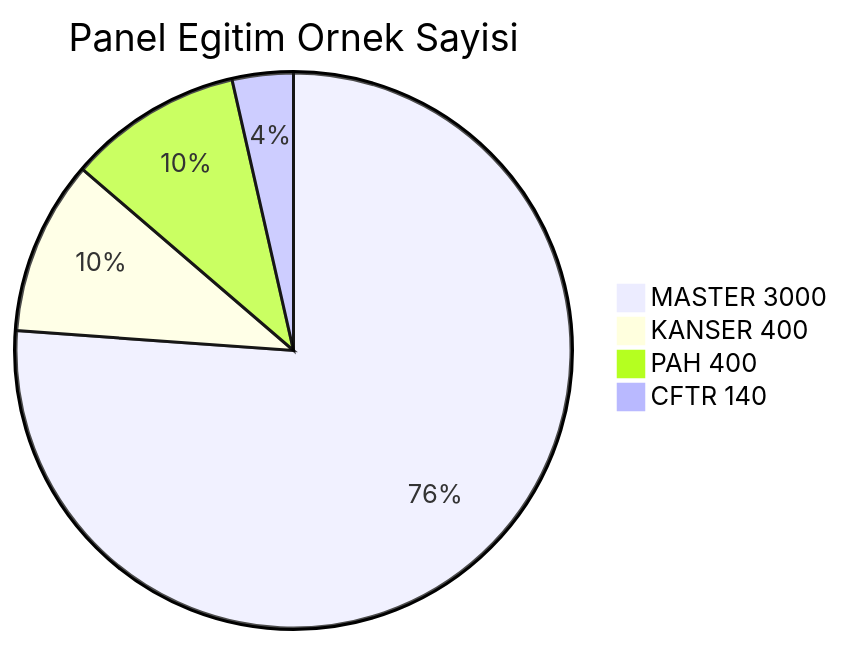
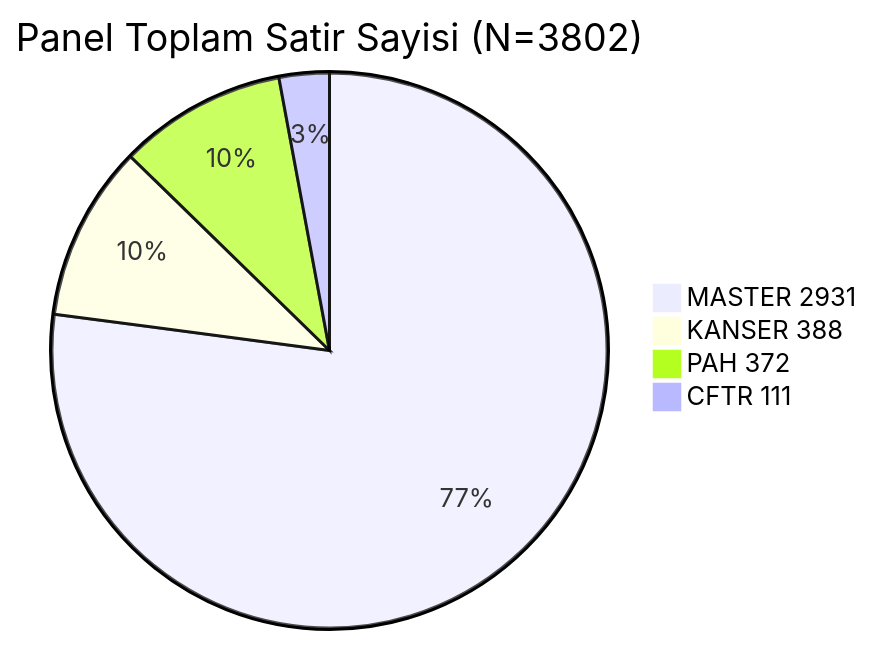
One commit to msgxr/VARIANT-GNN changed the ninth of 17 diagrams in README.md. Above: the diagram before and after it, drawn with Mermaid. The commit also changed other lines of this file and 1 other file, not shown here.

````diff
--- a/README.md
+++ b/README.md
@@ -419,7 +610,7 @@
 ```mermaid
-pie title Panel Egitim Ornek Sayisi
-    "MASTER  3000" : 3000
-    "KANSER  400"  : 400
-    "PAH     400"  : 400
-    "CFTR    140"  : 140
+pie title Panel Toplam Satir Sayisi (N=3802)
+    "MASTER  2931" : 2931
+    "KANSER  388"  : 388
+    "PAH     372"  : 372
+    "CFTR    111"  : 111
 ```
````
